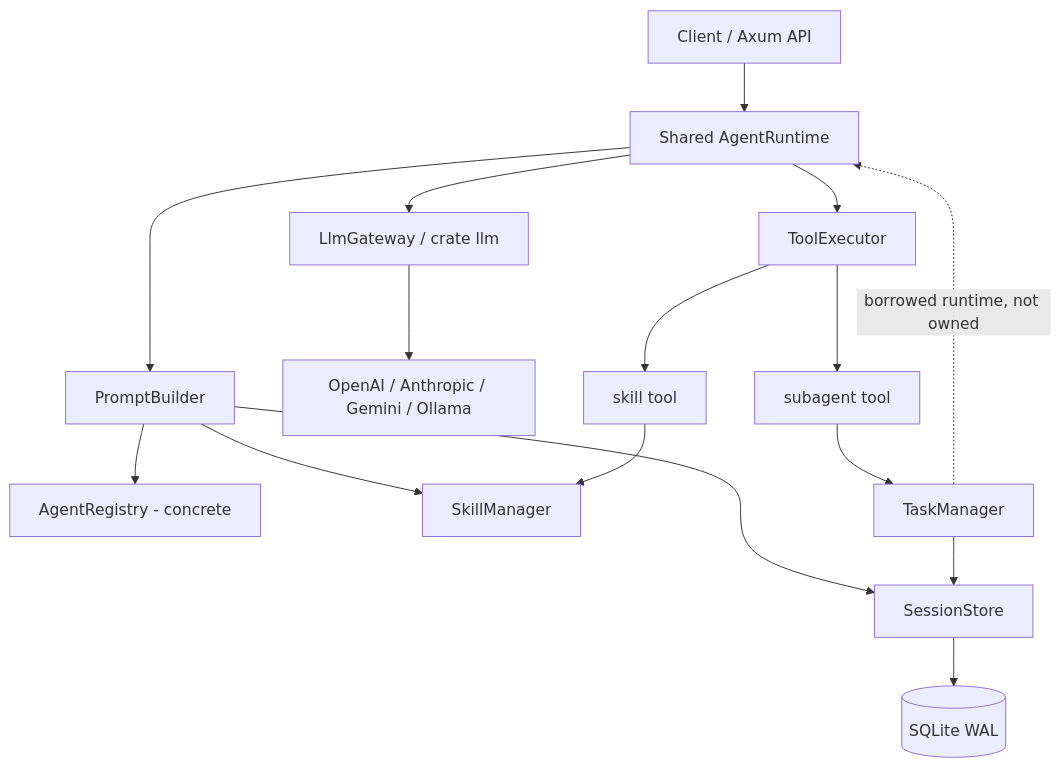
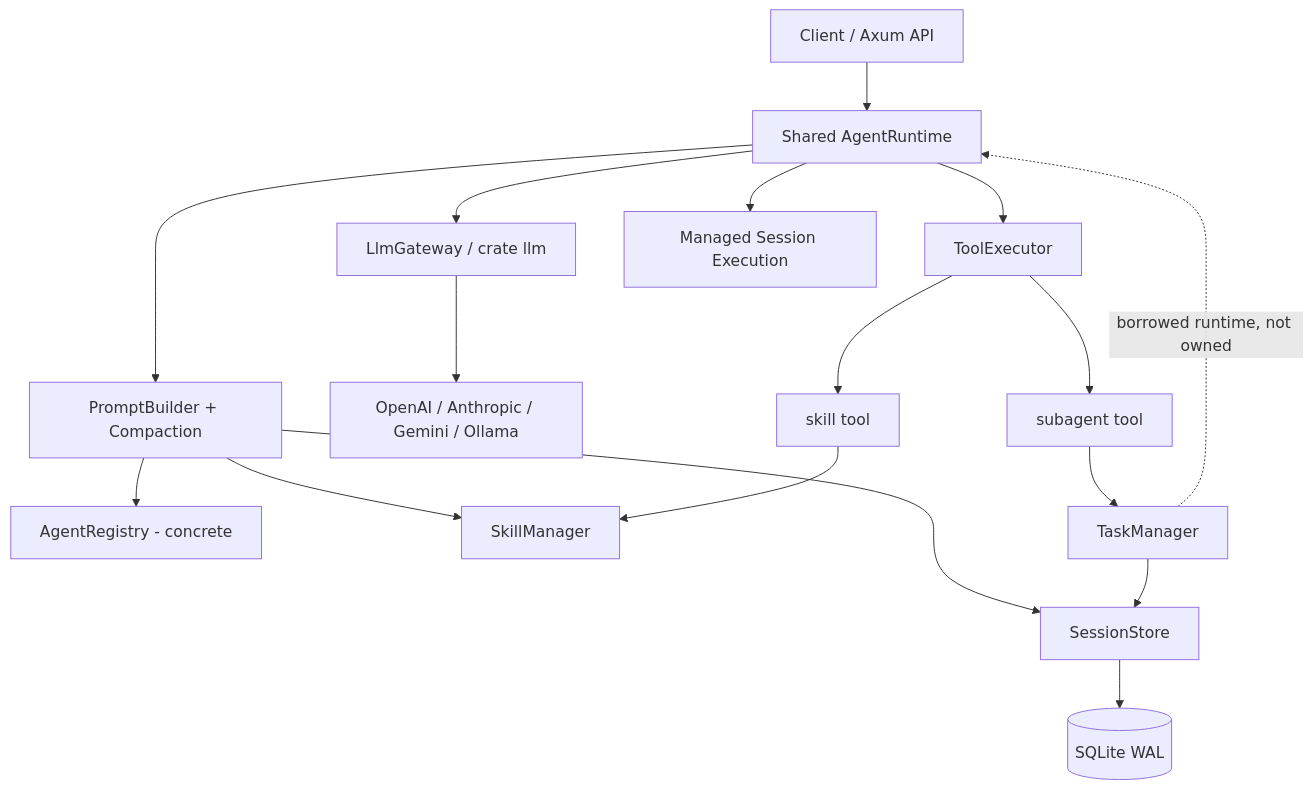
One commit to hailp-vn38/orchestrator_agent_rs changed the diagram in docs/01-architecture.md. Above: the diagram before and after it, drawn with Mermaid. The commit also changed other lines of this file and 20 other files, not shown here.

````diff
--- a/docs/01-architecture.md
+++ b/docs/01-architecture.md
@@ -5,18 +5,19 @@
 ```mermaid
 flowchart TB
     U[Client / Axum API] --> AR[Shared AgentRuntime]
-    AR --> PB[PromptBuilder]
+    AR --> PB[PromptBuilder + Compaction]
     PB --> A[AgentRegistry - concrete]
     PB --> SK[SkillManager]
     PB --> S[SessionStore]
     AR --> LL[LlmGateway / crate llm]
     LL --> P[OpenAI / Anthropic / Gemini / Ollama]
     AR --> TX[ToolExecutor]
+    AR --> EX[Managed Session Execution]
     TX --> ST[skill tool]
     ST --> SK
     TX --> DT[subagent tool]
     DT --> TM[TaskManager]
     TM --> S
     TM -. borrowed runtime, not owned .-> AR
     S --> DB[(SQLite WAL)]
 ```
````
